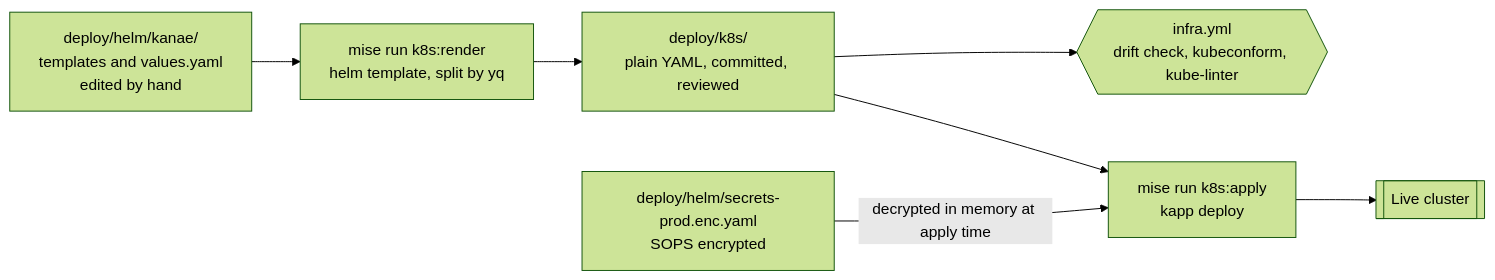
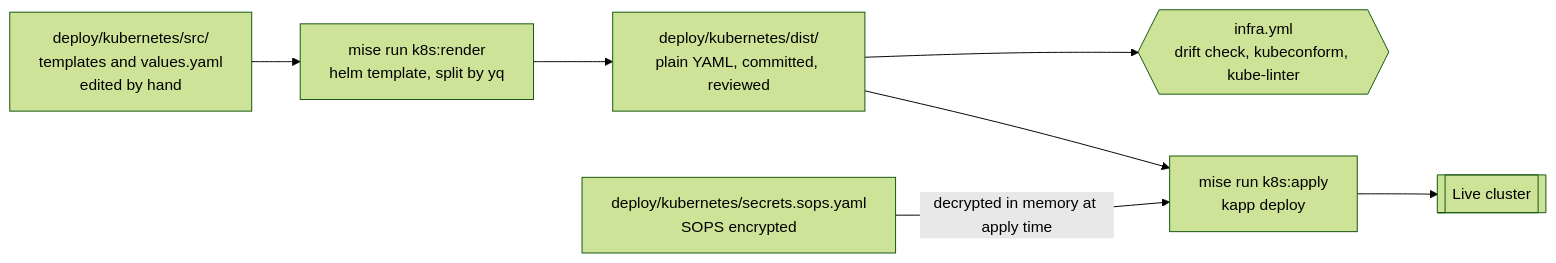
One commit to UCMercedACM/kanae changed the second of 2 diagrams in infra-plans/KANAE_INFRA_PLAN.md. Above: the diagram before and after it, drawn with Mermaid (forest theme). The commit also changed other lines of this file and 1 other file, not shown here.

Commit message:
Improve Kubernetes-based infrastructure plan (#234)

````diff
--- a/infra-plans/KANAE_INFRA_PLAN.md
+++ b/infra-plans/KANAE_INFRA_PLAN.md
@@ -160,14 +165,14 @@
 ```mermaid
 flowchart LR
-    chart["deploy/helm/kanae/<br/>templates and values.yaml<br/>edited by hand"]
-    enc["deploy/helm/secrets-prod.enc.yaml<br/>SOPS encrypted"]
+    chart["deploy/kubernetes/src/<br/>templates and values.yaml<br/>edited by hand"]
+    enc["deploy/kubernetes/secrets.sops.yaml<br/>SOPS encrypted"]
     render["mise run k8s:render<br/>helm template, split by yq"]
-    k8s["deploy/k8s/<br/>plain YAML, committed, reviewed"]
+    k8s["deploy/kubernetes/dist/<br/>plain YAML, committed, reviewed"]
     ci{{"infra.yml<br/>drift check, kubeconform, kube-linter"}}
     apply["mise run k8s:apply<br/>kapp deploy"]
     live[["Live cluster"]]
 
     chart --> render --> k8s --> apply --> live
     k8s --> ci
     enc -->|decrypted in memory at apply time| apply
 ```
````
